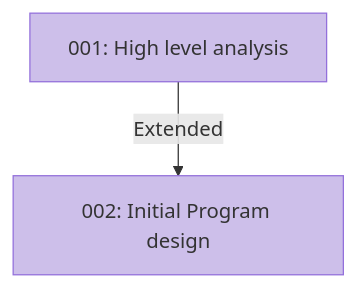
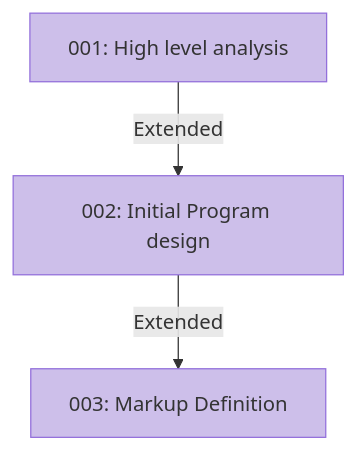
The diagram in docs/adr/adr.md (lyz-code/pynbox), drawn with Mermaid before and after one commit. The commit also changed 23 other files, not shown here.

````diff
--- a/docs/adr/adr.md
+++ b/docs/adr/adr.md
@@ -5,20 +5,24 @@
 ```mermaid
 graph TD
     001[001: High level analysis]
     002[002: Initial Program design]
+    003[003: Markup Definition]
 
     001 -- Extended --> 002
+    002 -- Extended --> 003
 
     click 001 "https://lyz-code.github.io/pynbox/adr/001-high_level_problem_analysis" _blank
     click 002 "https://lyz-code.github.io/pynbox/adr/002-initial_program_design" _blank
+    click 002 "https://lyz-code.github.io/pynbox/adr/003-markup_definition" _blank
 
     001:::draft
     002:::draft
+    003:::draft
 
     classDef draft fill:#CDBFEA;
     classDef proposed fill:#B1CCE8;
     classDef accepted fill:#B1E8BA;
     classDef rejected fill:#E8B1B1;
     classDef deprecated fill:#E8B1B1;
     classDef superseeded fill:#E8E5B1;
 ```
````
